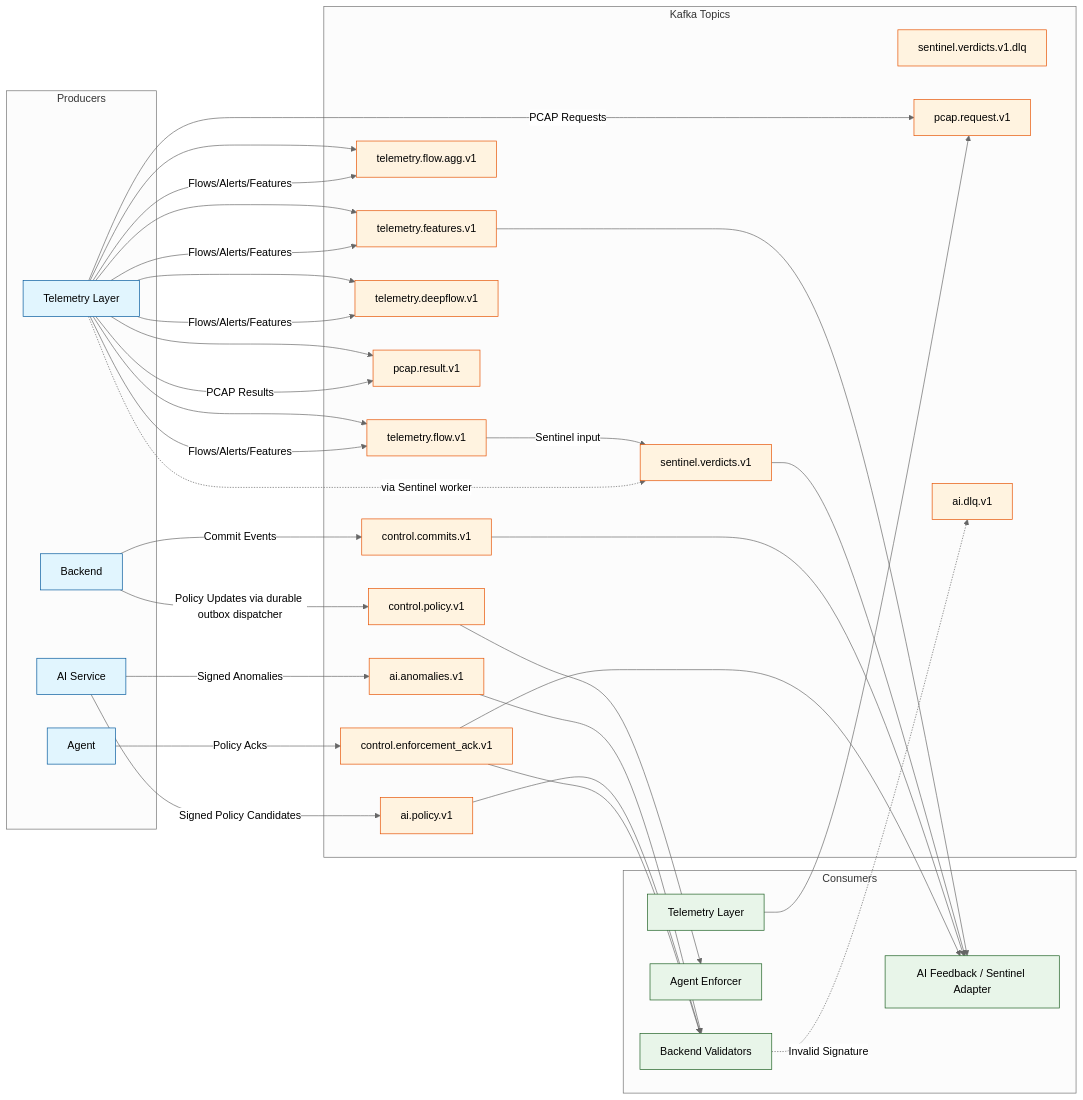
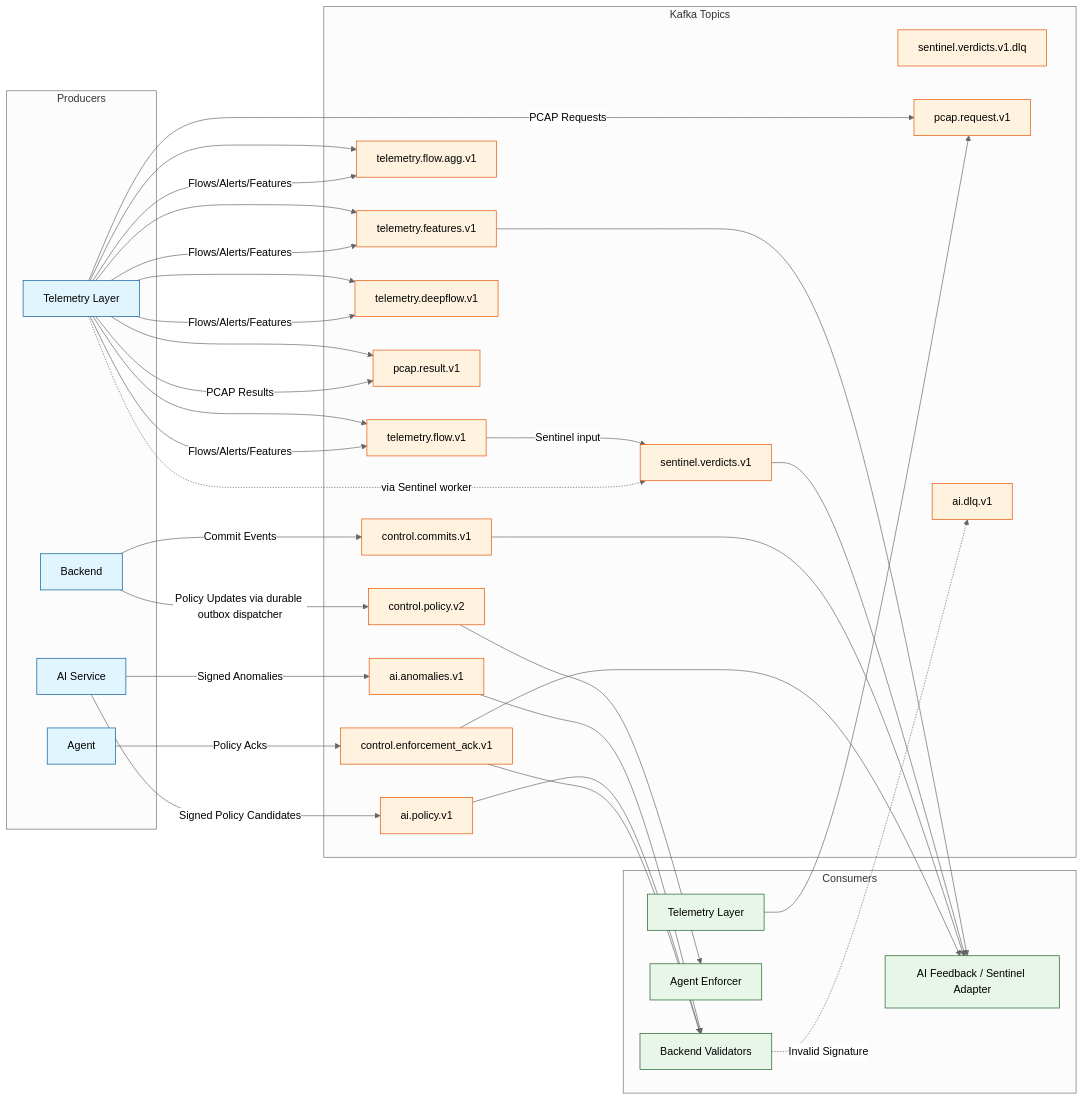
One commit to EveShark/CyberMesh changed the diagram in docs/architecture/04_kafka_message_bus.md. Above: the diagram before and after it, drawn with Mermaid (neutral theme). The commit also changed other lines of this file and 35 other files, not shown here.

Commit message:
Migrate control policy runtime and signing to v2

````diff
--- a/docs/architecture/04_kafka_message_bus.md
+++ b/docs/architecture/04_kafka_message_bus.md
@@ -46,69 +46,69 @@
 ```mermaid
 graph LR
     subgraph Producers
         TL[Telemetry Layer]
         AI[AI Service]
         BE[Backend]
         AG[Agent]
     end
 
     subgraph Topics["Kafka Topics"]
         F1[telemetry.flow.v1]
         F2[telemetry.flow.agg.v1]
         F3[telemetry.features.v1]
         F4[telemetry.deepflow.v1]
         S1[sentinel.verdicts.v1]
         S2[sentinel.verdicts.v1.dlq]
         F5[pcap.request.v1]
         F6[pcap.result.v1]
         T1[ai.anomalies.v1]
         T1b[ai.policy.v1]
         T2[control.commits.v1]
-        T3[control.policy.v1]
+        T3[control.policy.v2]
         T4[control.enforcement_ack.v1]
         DLQ[ai.dlq.v1]
     end
 
     subgraph Consumers
         BEC[Backend Validators]
         AIC[AI Feedback / Sentinel Adapter]
         AGC[Agent Enforcer]
         TLC[Telemetry Layer]
     end
 
     TL --> F1 & F2 & F3 & F4 & F6
     TLC --> F5
     F3 --> AIC
     F1 -->|Sentinel input| S1
     S1 --> AIC
 
     TL -->|Flows/Alerts/Features| F1 & F2 & F3 & F4
     TL -->|PCAP Results| F6
     TL -->|PCAP Requests| F5
     TL -.->|via Sentinel worker| S1
 
     AI -->|Signed Anomalies| T1
     AI -->|Signed Policy Candidates| T1b
     T1 --> BEC
     T1b --> BEC
     
     BE -->|Commit Events| T2
     T2 --> AIC
     
     BE -->|Policy Updates via durable outbox dispatcher| T3
     T3 --> AGC
     
     AG -->|Policy Acks| T4
     T4 --> BEC
     T4 --> AIC
     
     BEC -.->|Invalid Signature| DLQ
 
     classDef pro fill:#e1f5fe,stroke:#01579b,color:#000;
     classDef top fill:#fff3e0,stroke:#e65100,color:#000;
     classDef con fill:#e8f5e9,stroke:#1b5e20,color:#000;
     
     class TL,AI,BE,AG pro;
     class F1,F2,F3,F4,S1,S2,F5,F6,T1,T1b,T2,T3,T4,DLQ top;
     class BEC,AIC,AGC,TLC con;
 ```
````
